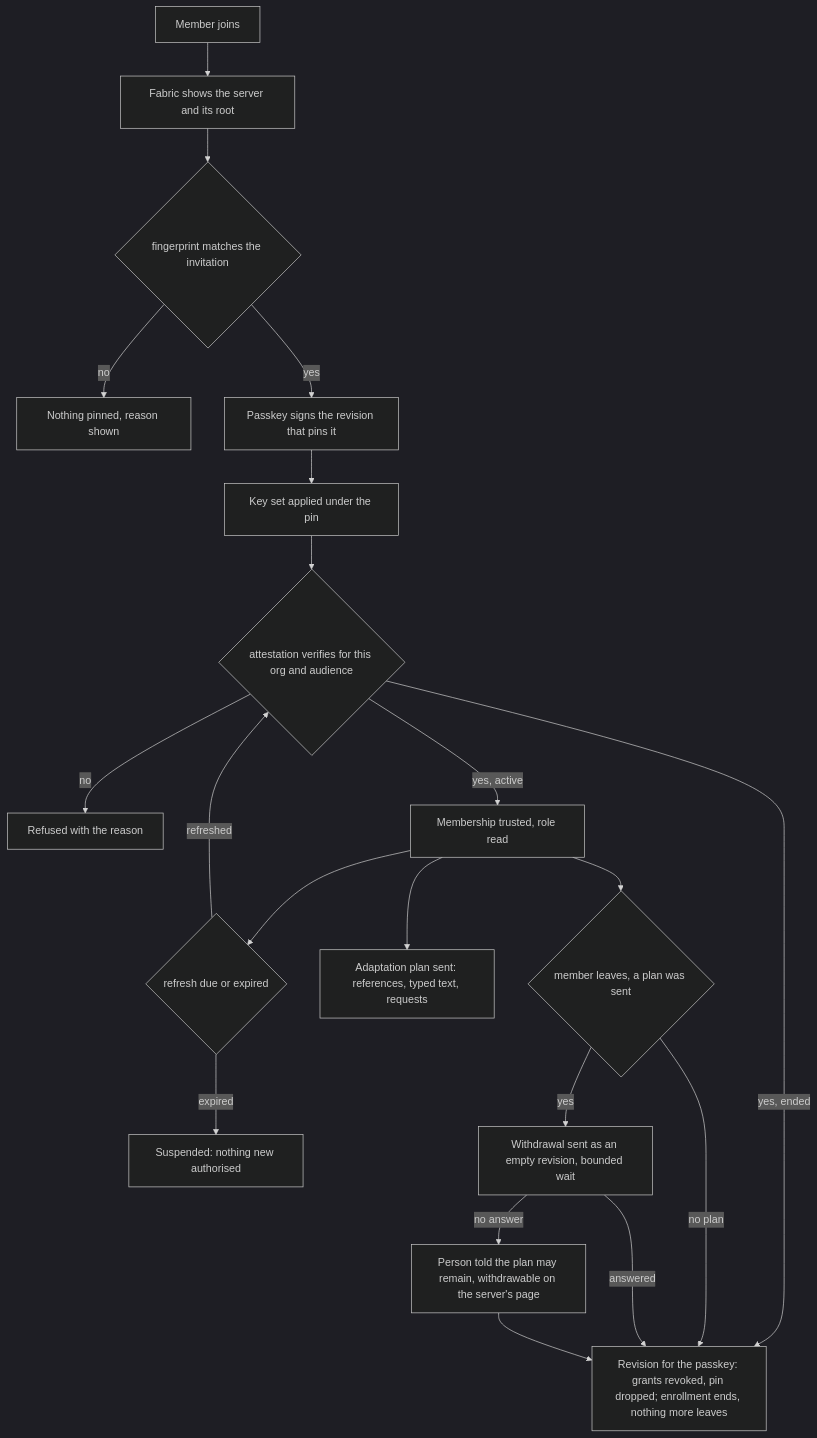
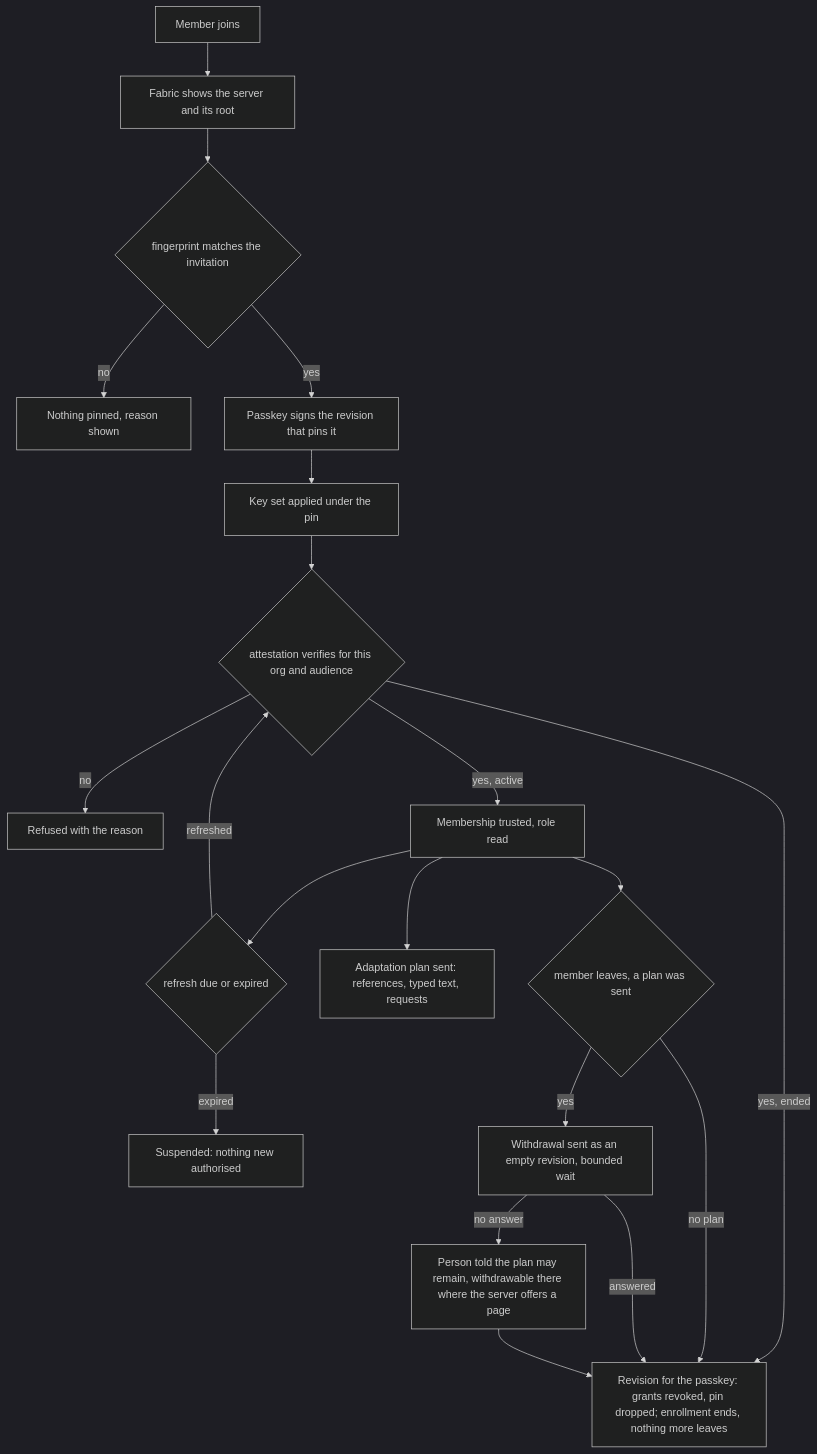
One commit to passioncode-ai/fabric-agent-contract changed diagram 32 of 32 in docs/ux/flows.md. Above: the diagram before and after it, drawn with Mermaid (dark theme). The commit also changed 14 other files, not shown here.

First line of the commit message:
DEC-0138 after round 6: white space and the server's page stated as the schema and AD-4 allow

````diff
--- a/docs/ux/flows.md
+++ b/docs/ux/flows.md
@@ -805,22 +805,22 @@
 ```mermaid
 flowchart TD
   J[Member joins] --> P[Fabric shows the server and its root]
   P --> C{fingerprint matches the invitation}
   C -->|no| N[Nothing pinned, reason shown]
   C -->|yes| S[Passkey signs the revision that pins it]
   S --> K[Key set applied under the pin]
   K --> A{attestation verifies for this org and audience}
   A -->|no| R[Refused with the reason]
   A -->|yes, active| T[Membership trusted, role read]
   A -->|yes, ended| E[Revision for the passkey: grants revoked, pin dropped; enrollment ends, nothing more leaves]
   T --> F{refresh due or expired}
   F -->|refreshed| A
   F -->|expired| U[Suspended: nothing new authorised]
   T --> D[Adaptation plan sent: references, typed text, requests]
   T --> L{member leaves, a plan was sent}
   L -->|no plan| E
   L -->|yes| W[Withdrawal sent as an empty revision, bounded wait]
   W -->|answered| E
-  W -->|no answer| M[Person told the plan may remain, withdrawable on the server's page]
+  W -->|no answer| M[Person told the plan may remain, withdrawable there where the server offers a page]
   M --> E
 ```
````
